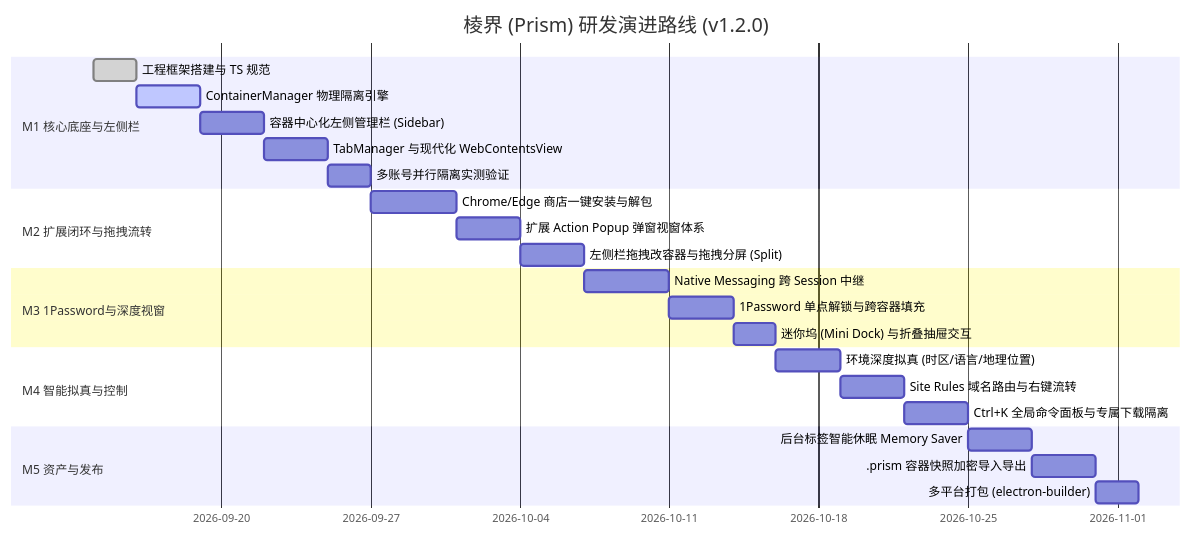
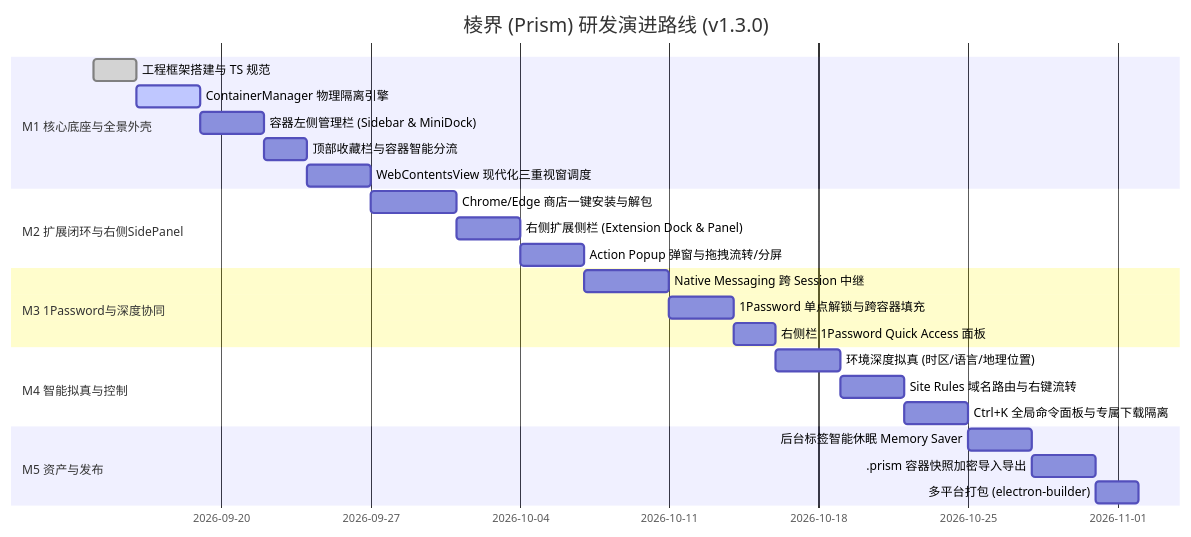
One commit to rfooox/Prism changed the second of 2 diagrams in specs/functional_specification.md. Above: the diagram before and after it, drawn with Mermaid. The commit also changed other lines of this file and 2 other files, not shown here.

Commit message:
feat: 升级 PRD 至 v1.3.0，引入右侧扩展侧栏 (SidePanel) 与容器感知型顶部收藏栏

````diff
--- a/specs/functional_specification.md
+++ b/specs/functional_specification.md
@@ -242,27 +227,27 @@
 ```mermaid
 gantt
-    title 棱界 (Prism) 研发演进路线 (v1.2.0)
+    title 棱界 (Prism) 研发演进路线 (v1.3.0)
     dateFormat  YYYY-MM-DD
-    section M1 核心底座与左侧栏
+    section M1 核心底座与全景外壳
     工程框架搭建与 TS 规范              :done, m1_1, 2026-09-14, 2d
     ContainerManager 物理隔离引擎      :active, m1_2, after m1_1, 3d
-    容器中心化左侧管理栏 (Sidebar)     :m1_3, after m1_2, 3d
-    TabManager 与现代化 WebContentsView :m1_4, after m1_3, 3d
-    多账号并行隔离实测验证              :m1_5, after m1_4, 2d
-    section M2 扩展闭环与拖拽流转
+    容器左侧管理栏 (Sidebar & MiniDock) :m1_3, after m1_2, 3d
+    顶部收藏栏与容器智能分流           :m1_4, after m1_3, 2d
+    WebContentsView 现代化三重视窗调度  :m1_5, after m1_4, 3d
+    section M2 扩展闭环与右侧SidePanel
     Chrome/Edge 商店一键安装与解包    :m2_1, after m1_5, 4d
-    扩展 Action Popup 弹窗视窗体系    :m2_2, after m2_1, 3d
-    左侧栏拖拽改容器与拖拽分屏 (Split)  :m2_3, after m2_2, 3d
-    section M3 1Password与深度视窗
+    右侧扩展侧栏 (Extension Dock & Panel):m2_2, after m2_1, 3d
+    Action Popup 弹窗与拖拽流转/分屏    :m2_3, after m2_2, 3d
+    section M3 1Password与深度协同
     Native Messaging 跨 Session 中继   :m3_1, after m2_3, 4d
     1Password 单点解锁与跨容器填充     :m3_2, after m3_1, 3d
-    迷你坞 (Mini Dock) 与折叠抽屉交互  :m3_3, after m3_2, 2d
+    右侧栏 1Password Quick Access 面板 :m3_3, after m3_2, 2d
     section M4 智能拟真与控制
     环境深度拟真 (时区/语言/地理位置)   :m4_1, after m3_3, 3d
     Site Rules 域名路由与右键流转      :m4_2, after m4_1, 3d
     Ctrl+K 全局命令面板与专属下载隔离   :m4_3, after m4_2, 3d
     section M5 资产与发布
     后台标签智能休眠 Memory Saver      :m5_1, after m4_3, 3d
     .prism 容器快照加密导入导出        :m5_2, after m5_1, 3d
     多平台打包 (electron-builder)      :m5_3, after m5_2, 2d
 ```
````
